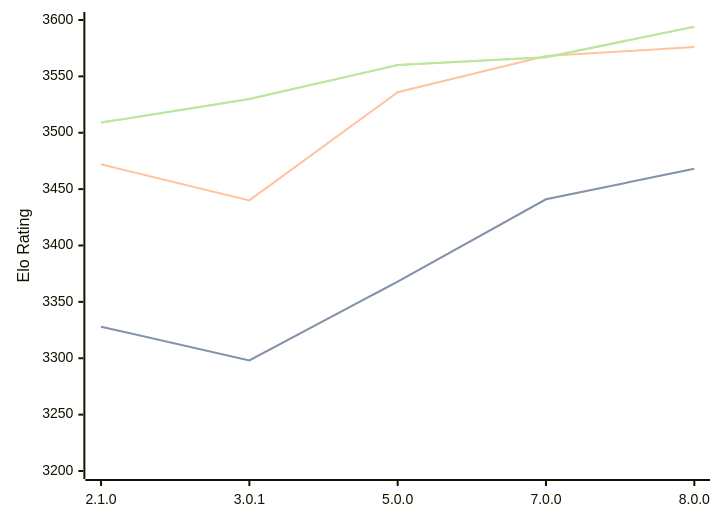
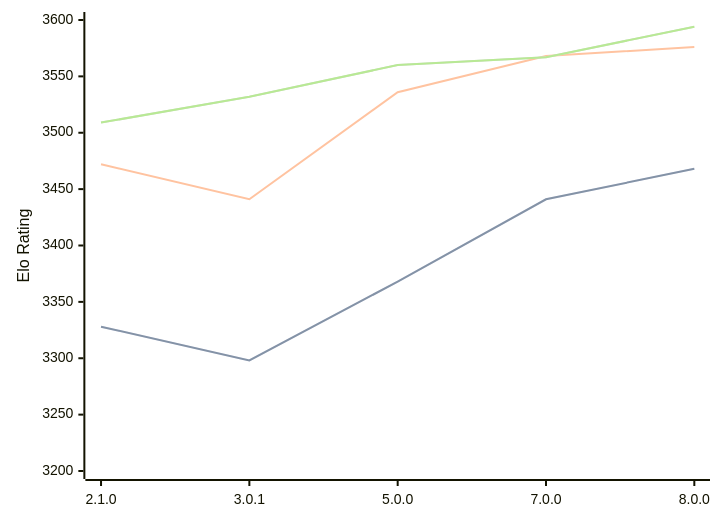
Before and after one commit to computer-chess-index/cci: the diagram in engines/PlentyChess.md, drawn with Mermaid. The commit also changed other lines of this file, not shown here.

Commit message:
Update CCI Ratings (ELO VLTC) - 2026-09-10

````diff
--- a/engines/PlentyChess.md
+++ b/engines/PlentyChess.md
@@ -37,11 +37,11 @@
 ```mermaid
 %%{init: {"theme":"base","themeVariables":{"seriesColors:['#a3a3a3','#222221','#faa371']}}}%%
 xychart-beta
   x-axis ["2.1.0", "3.0.1", "5.0.0", "7.0.0", "8.0.0"]
   y-axis "Elo Rating" 3200 --> 3600
   line "" [3328, 3298, 3368, 3441, 3468]
   line "STC (8.0+0.08s)" [3328, 3298, 3368, 3441, 3468]
-  line "LTC (60.0+0.60s)" [3472, 3440, 3536, 3568, 3576]
-  line "" [3509, 3530, 3560, 3567, 3594]
-  line "VLTC (2m24s+1.12s)" [3509, 3530, 3560, 3567, 3594]
+  line "LTC (60.0+0.60s)" [3472, 3441, 3536, 3568, 3576]
+  line "" [3509, 3532, 3560, 3567, 3594]
+  line "VLTC (2m24s+1.12s)" [3509, 3532, 3560, 3567, 3594]
 ```
````
